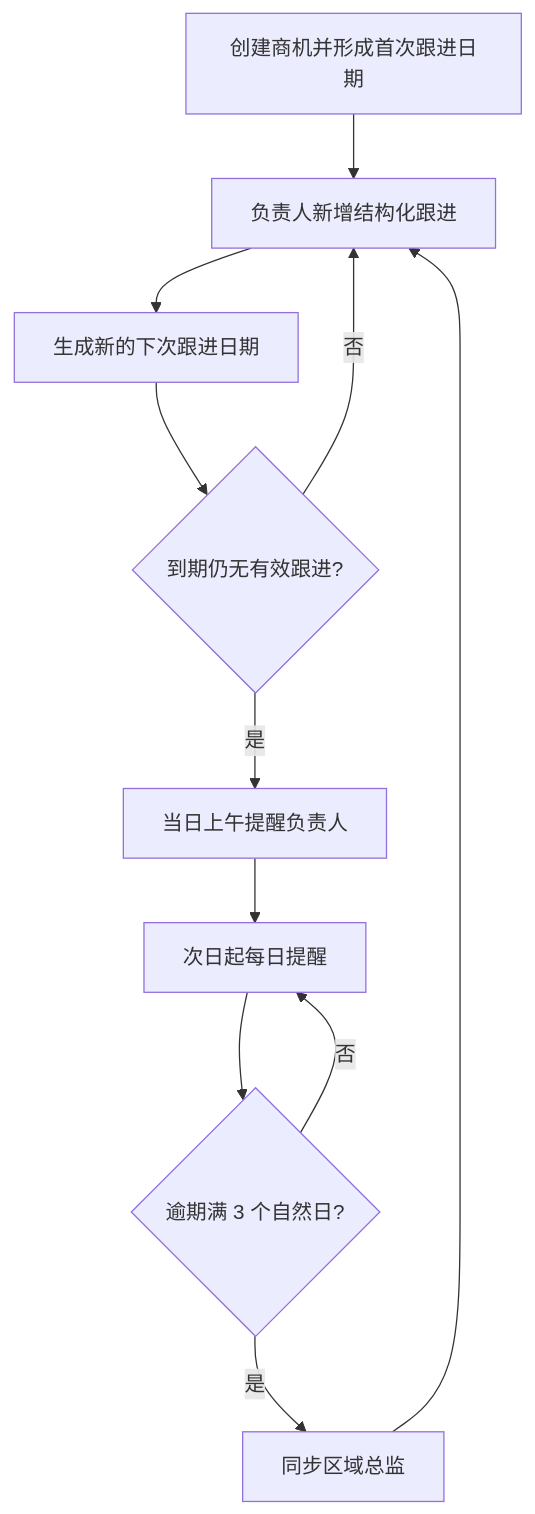
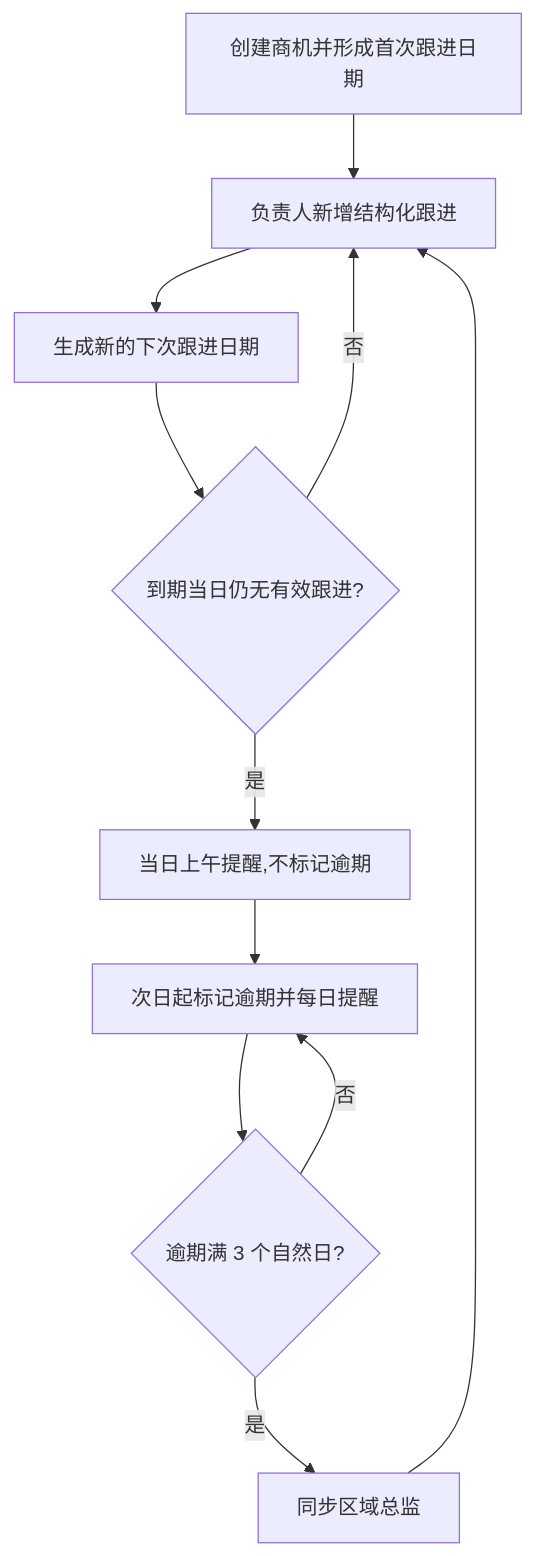
One commit to Joker-1030/Yingjia-Internal-Management-System changed the third of 4 diagrams in prd-workspace/current/user-flows/FLOW-17-M12-sales-opportunity.md. Above: the diagram before and after it, drawn with Mermaid. The commit also changed other lines of this file and 83 other files, not shown here.

````diff
--- a/prd-workspace/current/user-flows/FLOW-17-M12-sales-opportunity.md
+++ b/prd-workspace/current/user-flows/FLOW-17-M12-sales-opportunity.md
@@ -45,13 +53,13 @@
 ```mermaid
 flowchart TD
     A[创建商机并形成首次跟进日期] --> B[负责人新增结构化跟进]
     B --> C[生成新的下次跟进日期]
-    C --> D{到期仍无有效跟进?}
+    C --> D{到期当日仍无有效跟进?}
     D -- 否 --> B
-    D -- 是 --> E[当日上午提醒负责人]
-    E --> F[次日起每日提醒]
+    D -- 是 --> E[当日上午提醒,不标记逾期]
+    E --> F[次日起标记逾期并每日提醒]
     F --> G{逾期满 3 个自然日?}
     G -- 是 --> H[同步区域总监]
     G -- 否 --> F
     H --> B
 ```
````
